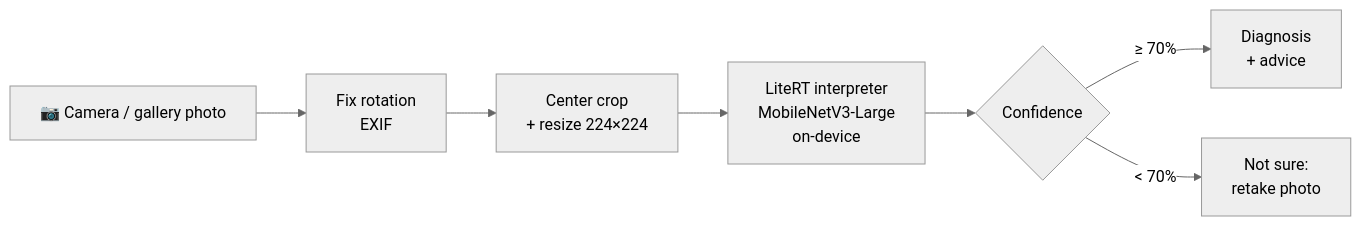
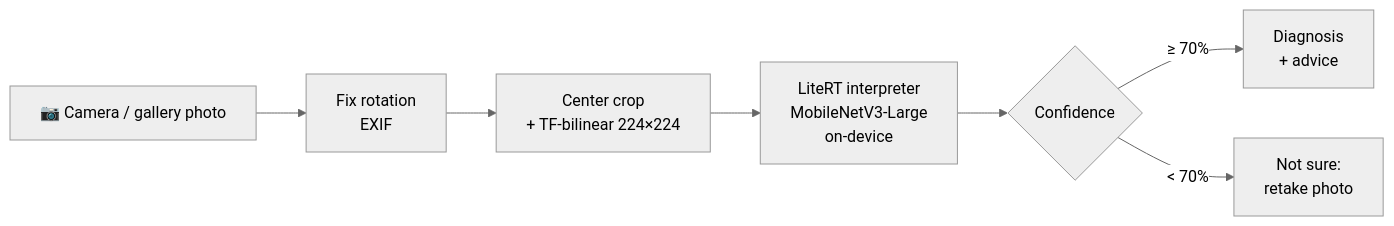
Before and after one commit to majeedar/Bean-Disease-Classification-Android-Deployment: the diagram in README.md, drawn with Mermaid (neutral theme). The commit also changed other lines of this file and 10 other files, not shown here.

````diff
--- a/README.md
+++ b/README.md
@@ -15,9 +21,9 @@
 ```mermaid
 flowchart LR
     A[📷 Camera / gallery photo] --> B[Fix rotation<br/>EXIF]
-    B --> C[Center crop<br/>+ resize 224×224]
+    B --> C[Center crop<br/>+ TF-bilinear 224×224]
     C --> D[LiteRT interpreter<br/>MobileNetV3-Large<br/>on-device]
     D --> E{Confidence}
     E -- "≥ 70%" --> F[Diagnosis<br/>+ advice]
     E -- "< 70%" --> G[Not sure:<br/>retake photo]
 ```
````
